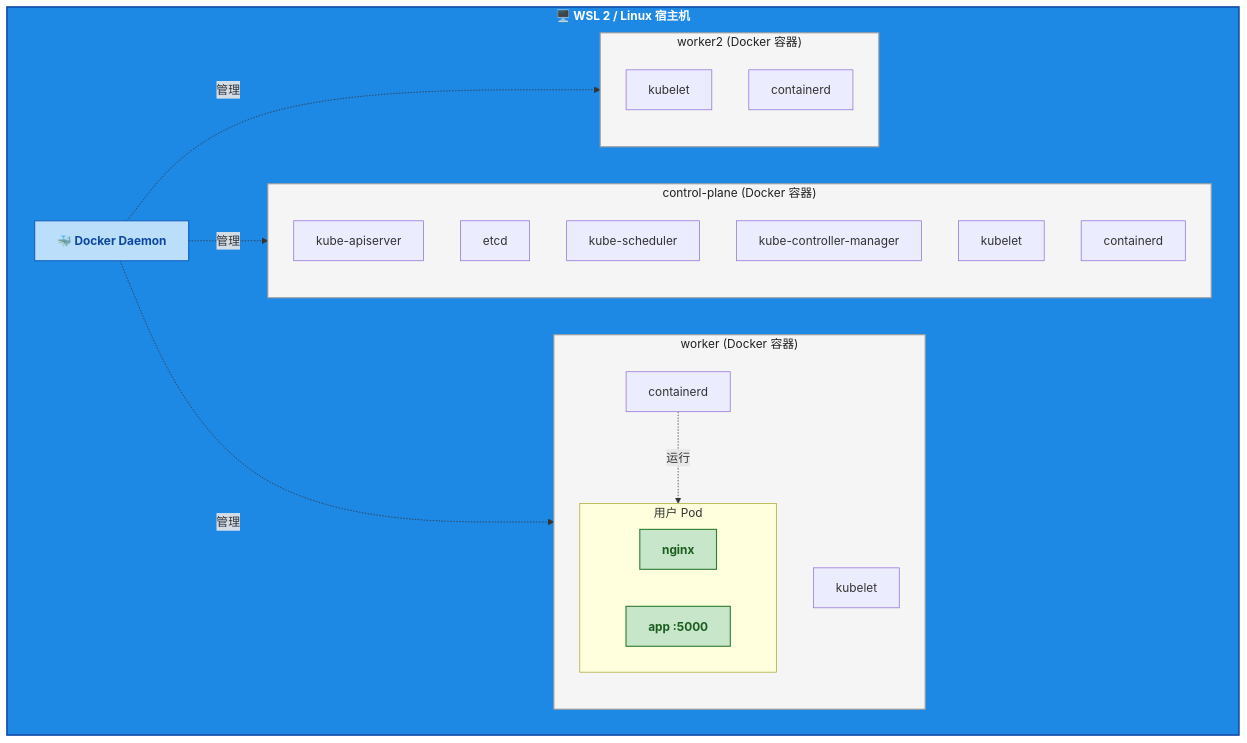
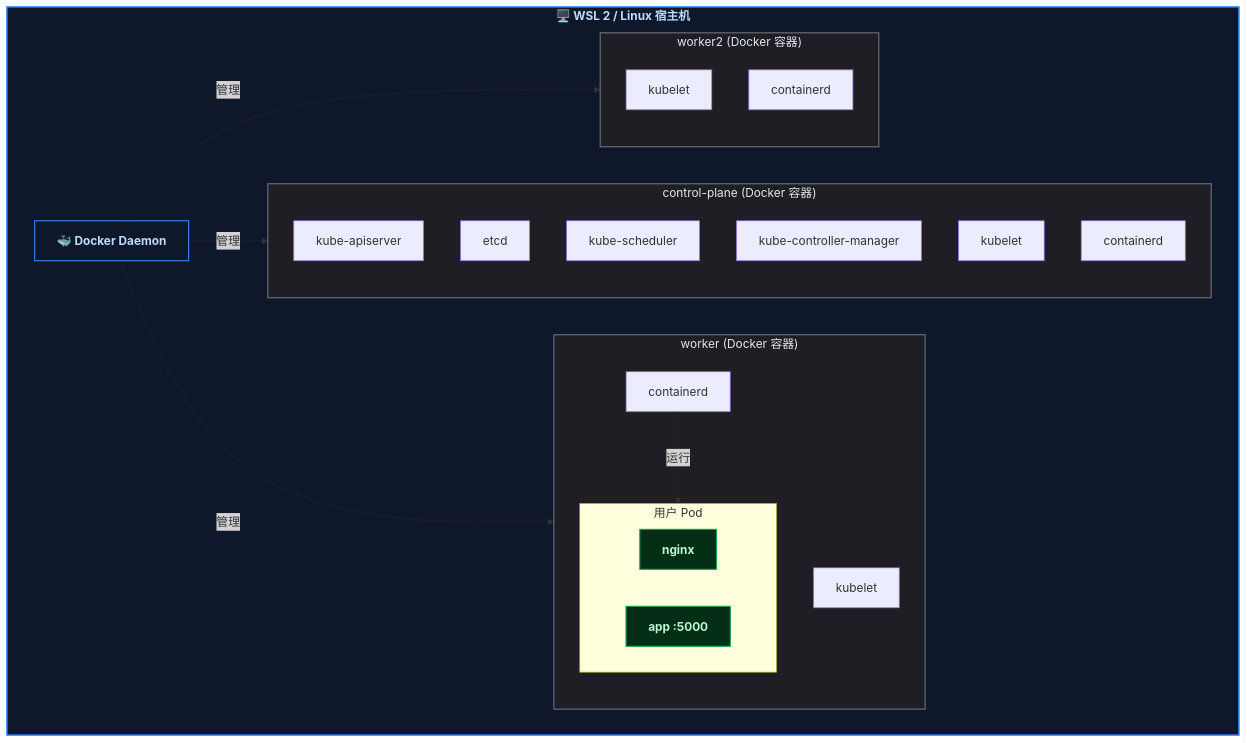
The third of 12 diagrams in content/posts/kubernetes/KindWslMigration.md (yaocat55/yaocat55.github.io), drawn with Mermaid before and after one commit. The commit also changed other lines of this file and 155 other files, not shown here.

````diff
--- a/content/posts/kubernetes/KindWslMigration.md
+++ b/content/posts/kubernetes/KindWslMigration.md
@@ -292,47 +292,47 @@
 ```mermaid
 flowchart TD
     %% ==========================================
     %% 样式定义
     %% ==========================================
-    classDef host fill:#1E88E5,stroke:#0D47A1,stroke-width:2px,color:#FFFFFF,font-weight:bold;
-    classDef docker fill:#BBDEFB,stroke:#1565C0,stroke-width:1.5px,color:#0D47A1,font-weight:bold;
-    classDef containers fill:#F5F5F5,stroke:#9E9E9E,stroke-width:1.5px,color:#212121;
-    classDef apps fill:#C8E6C9,stroke:#2E7D32,stroke-width:1.5px,color:#1B5E20,font-weight:bold;
+classDef host fill:#0f172a,stroke:#3b82f6,stroke-width:2px,color:#bfdbfe,font-weight:bold;
+classDef docker fill:#0f172a,stroke:#3b82f6,stroke-width:1.5px,color:#bfdbfe,font-weight:bold;
+classDef containers fill:#1e1e24,stroke:#6b7280,stroke-width:1.5px,color:#e5e7eb;
+classDef apps fill:#052e16,stroke:#16a34a,stroke-width:1.5px,color:#bbf7d0,font-weight:bold;
 
     subgraph HOST ["🖥️ WSL 2 / Linux 宿主机"]
         DOCKER[🐳 Docker Daemon]
 
         subgraph CP ["control-plane (Docker 容器)"]
             API[kube-apiserver]
             ETCD[etcd]
             SCHED[kube-scheduler]
             CM[kube-controller-manager]
             KL1[kubelet]
             CR1[containerd]
         end
 
         subgraph W1 ["worker (Docker 容器)"]
             KL2[kubelet]
             CR2[containerd]
             subgraph PODS1 ["用户 Pod"]
                 APP1[nginx]
                 APP2[app :5000]
             end
         end
 
         subgraph W2 ["worker2 (Docker 容器)"]
             KL3[kubelet]
             CR3[containerd]
         end
     end
 
     DOCKER -.->|管理| CP
     DOCKER -.->|管理| W1
     DOCKER -.->|管理| W2
     CR2 -.->|运行| PODS1
 
     class HOST host;
     class DOCKER docker;
     class CP,W1,W2 containers;
     class APP1,APP2 apps;
 ```
````
